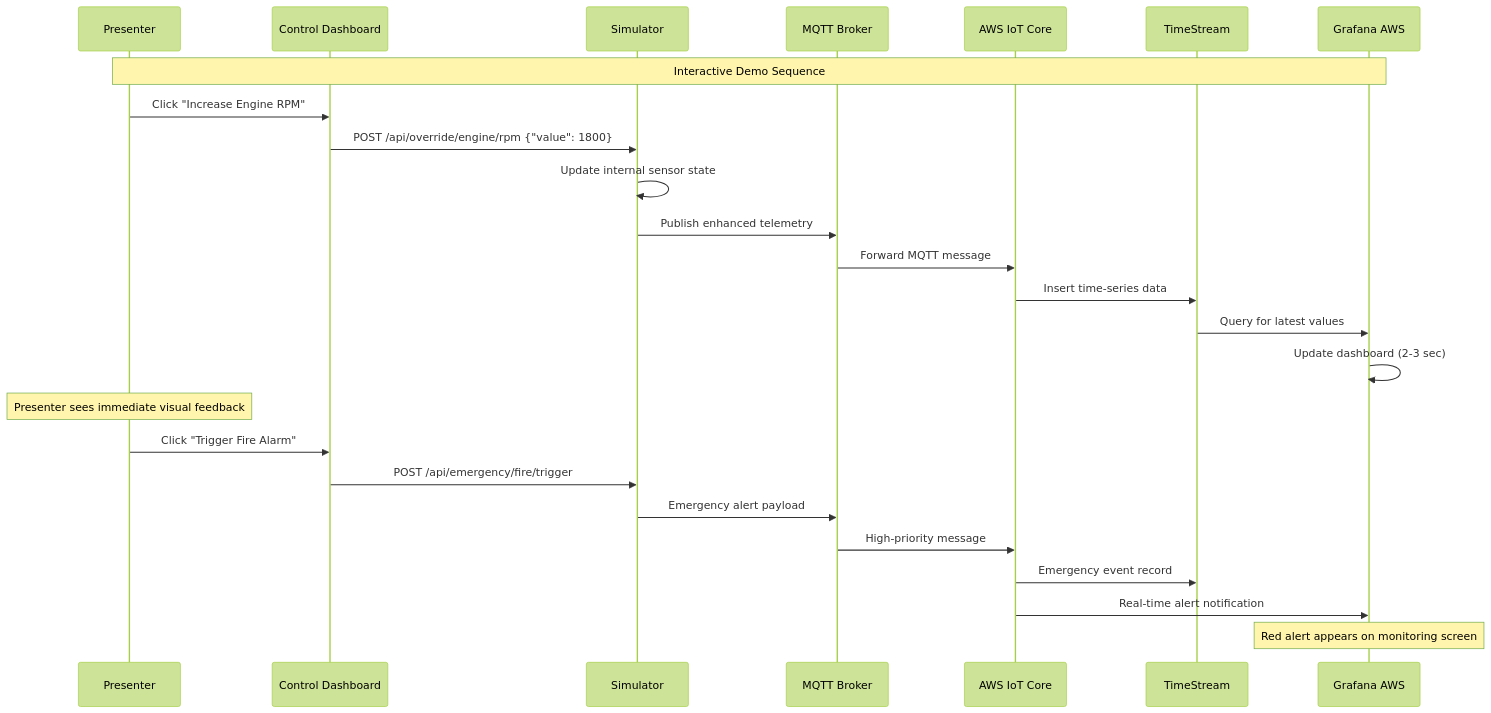
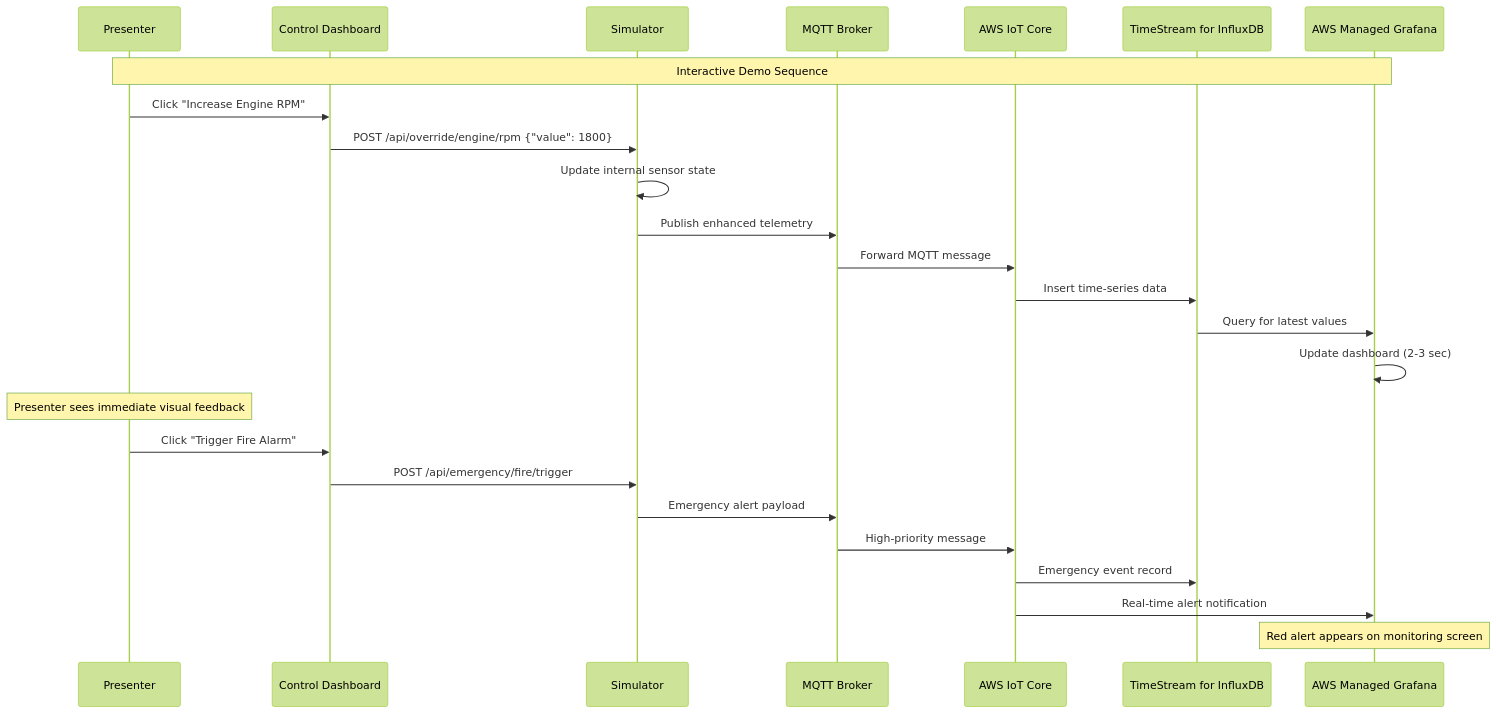
The second of 2 diagrams in docs/complete-implementation-plan.md (murr2k/linknote-aws-demos), drawn with Mermaid (forest theme) before and after one commit. The commit also changed other lines of this file and 59 other files, not shown here.

````diff
--- a/docs/complete-implementation-plan.md
+++ b/docs/complete-implementation-plan.md
@@ -62,32 +62,32 @@
 ```mermaid
 sequenceDiagram
     participant P as Presenter
     participant C as Control Dashboard
     participant S as Simulator
     participant M as MQTT Broker
     participant A as AWS IoT Core
-    participant T as TimeStream
-    participant G as Grafana AWS
+    participant T as TimeStream for InfluxDB
+    participant G as AWS Managed Grafana
     
     Note over P,G: Interactive Demo Sequence
     
     P->>C: Click "Increase Engine RPM"
     C->>S: POST /api/override/engine/rpm {"value": 1800}
     S->>S: Update internal sensor state
     S->>M: Publish enhanced telemetry
     M->>A: Forward MQTT message
     A->>T: Insert time-series data
     T->>G: Query for latest values
     G->>G: Update dashboard (2-3 sec)
     
     Note over P: Presenter sees immediate visual feedback
     
     P->>C: Click "Trigger Fire Alarm"
     C->>S: POST /api/emergency/fire/trigger
     S->>M: Emergency alert payload
     M->>A: High-priority message
     A->>T: Emergency event record
     A->>G: Real-time alert notification
     
     Note over G: Red alert appears on monitoring screen
 ```
````
